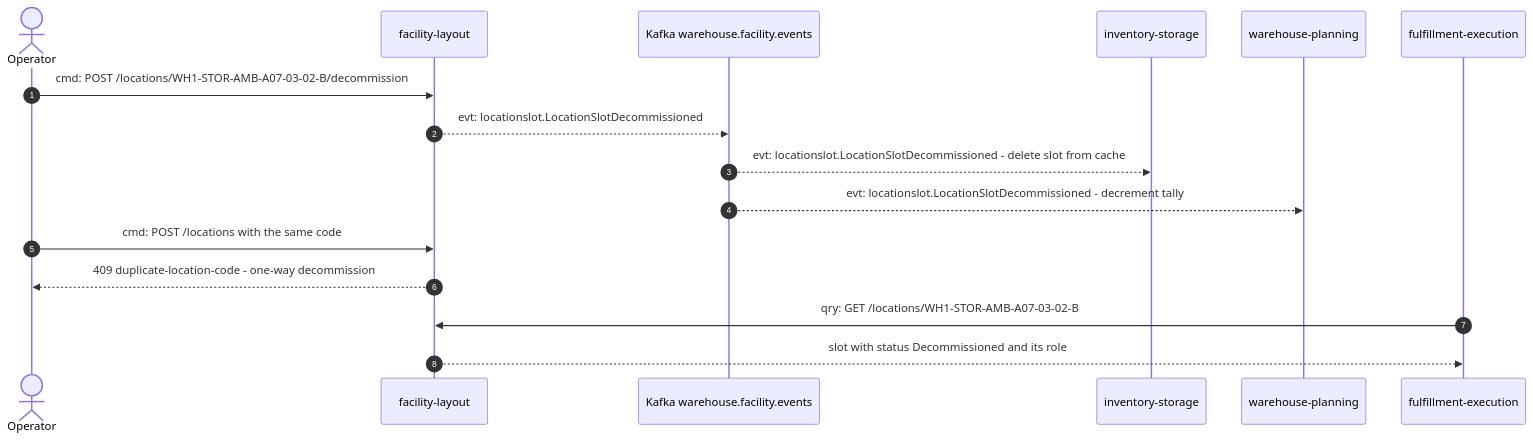
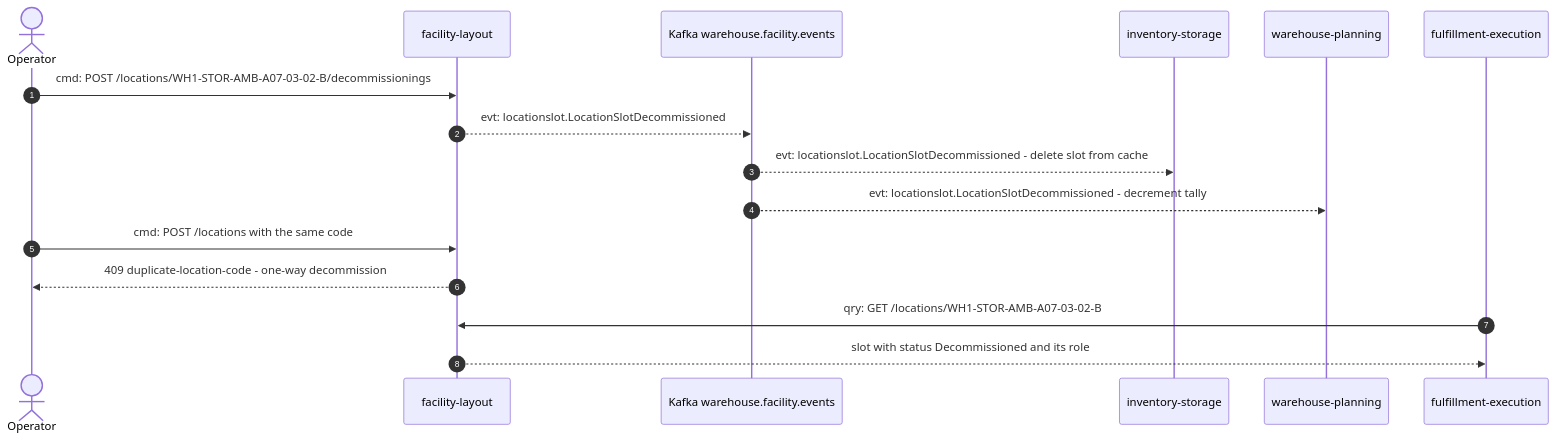
Before and after one commit to IQVO/warehouse-docs: the third of 4 diagrams in docs/contexts/facility-layout/domain-message-flow.md, drawn with Mermaid. The commit also changed other lines of this file and 272 other files, not shown here.

````diff
--- a/docs/contexts/facility-layout/domain-message-flow.md
+++ b/docs/contexts/facility-layout/domain-message-flow.md
@@ -111,19 +111,19 @@
 ```mermaid
 sequenceDiagram
     autonumber
     actor Op as Operator
     participant FL as facility-layout
     participant K as Kafka warehouse.facility.events
     participant IS as inventory-storage
     participant WPL as warehouse-planning
     participant FE as fulfillment-execution
 
-    Op->>FL: cmd: POST /locations/WH1-STOR-AMB-A07-03-02-B/decommission
+    Op->>FL: cmd: POST /locations/WH1-STOR-AMB-A07-03-02-B/decommissionings
     FL-->>K: evt: locationslot.LocationSlotDecommissioned
     K-->>IS: evt: locationslot.LocationSlotDecommissioned - delete slot from cache
     K-->>WPL: evt: locationslot.LocationSlotDecommissioned - decrement tally
     Op->>FL: cmd: POST /locations with the same code
     FL-->>Op: 409 duplicate-location-code - one-way decommission
     FE->>FL: qry: GET /locations/WH1-STOR-AMB-A07-03-02-B
     FL-->>FE: slot with status Decommissioned and its role
 ```
````
